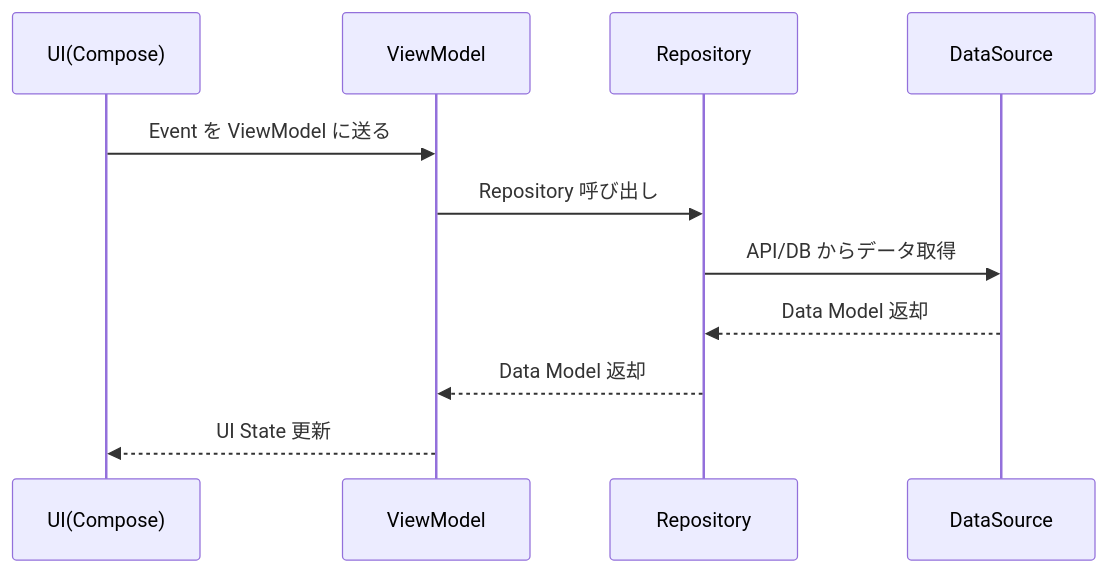
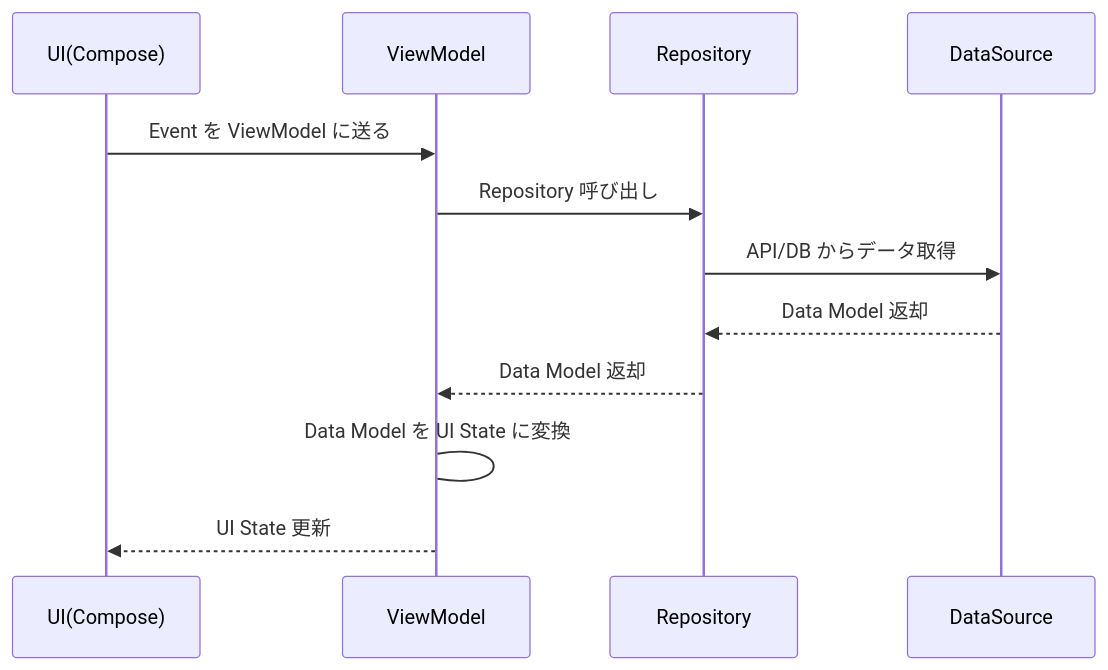
The second of 3 diagrams in docs/architecture.md (okuda0715tech/DirectDebitManager), drawn with Mermaid before and after one commit.

Commit message:
docs: UseCase が存在しない場合のデータの流れにデータの変換処理の責務を追加した。

````diff
--- a/docs/architecture.md
+++ b/docs/architecture.md
@@ -60,14 +60,15 @@
 ```mermaid
 sequenceDiagram
   participant UI as UI(Compose)
   participant VM as ViewModel
   participant REP as Repository
   participant DS as DataSource
 
   UI ->> VM: Event を ViewModel に送る
   VM ->> REP: Repository 呼び出し
   REP ->> DS: API/DB からデータ取得
   DS -->> REP: Data Model 返却
   REP -->> VM: Data Model 返却
+  VM -> VM: Data Model を UI State に変換
   VM -->> UI: UI State 更新
 ```
````
